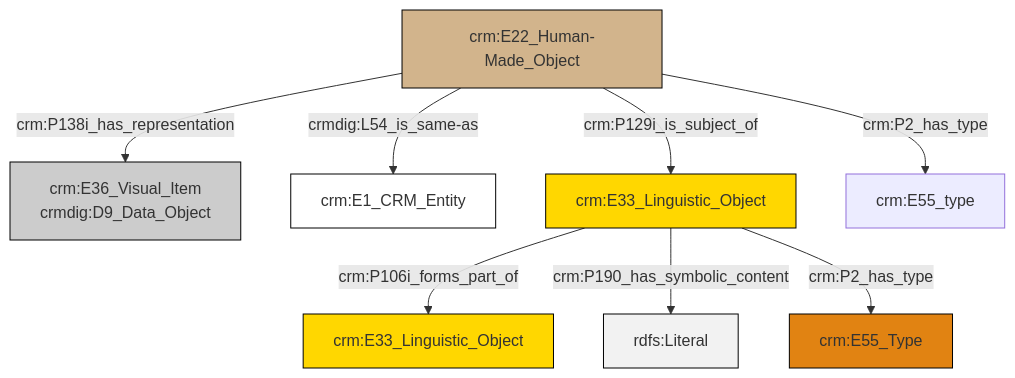
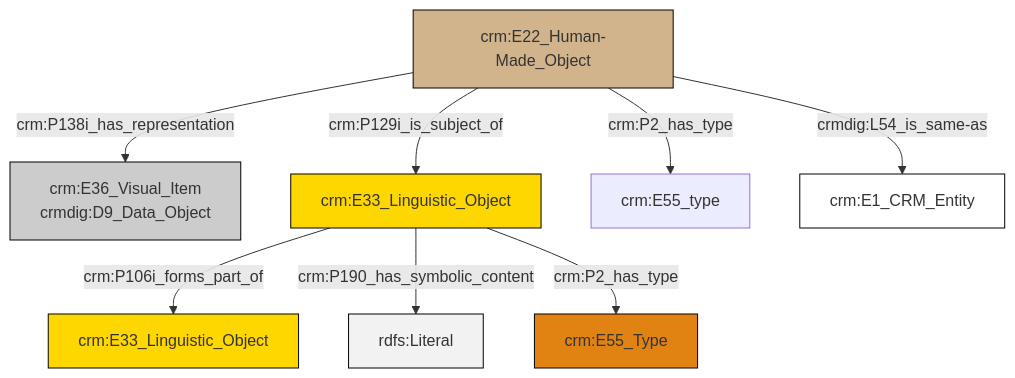
The diagram in et/artworkCSV/ttl/mmd/Artwork_Documentation.ttl.mmd (swiss-art-research-net/docs.swissartresearch), drawn with Mermaid before and after one commit. The commit also changed 172 other files, not shown here.

```diff
--- a/et/artworkCSV/ttl/mmd/Artwork_Documentation.ttl.mmd
+++ b/et/artworkCSV/ttl/mmd/Artwork_Documentation.ttl.mmd
@@ -1,22 +1,22 @@
 graph TD
 classDef Literal fill:#f2f2f2,stroke:#000000;
 classDef CRM_Entity fill:#FFFFFF,stroke:#000000;
 classDef Temporal_Entity fill:#00C9E6, stroke:#000000;
 classDef Type fill:#E18312, stroke:#000000;
 classDef Time-Span fill:#2C9C91, stroke:#000000;
 classDef Appellation fill:#FFEB7F, stroke:#000000;
 classDef Place fill:#008836, stroke:#000000;
 classDef Persistent_Item fill:#B266B2, stroke:#000000;
 classDef Conceptual_Object fill:#FFD700, stroke:#000000;
 classDef Physical_Thing fill:#D2B48C, stroke:#000000;
 classDef Actor fill:#f58aad, stroke:#000000;
 classDef PC_Classes fill:#4ce600, stroke:#000000;
 classDef Multi fill:#cccccc,stroke:#000000;
 
-2["crm:E22_Human-Made_Object"]:::Physical_Thing -->|crm:P138i_has_representation| 0["crm:E36_Visual_Item<br>crmdig:D9_Data_Object"]:::Multi
-6["crm:E33_Linguistic_Object"]:::Conceptual_Object -->|crm:P106i_forms_part_of| 7["crm:E33_Linguistic_Object"]:::Conceptual_Object
-6["crm:E33_Linguistic_Object"]:::Conceptual_Object -->|crm:P190_has_symbolic_content| 11[rdfs:Literal]:::Literal
-2["crm:E22_Human-Made_Object"]:::Physical_Thing -->|crm:P2_has_type| 12["crm:E55_type"]:::Default
-6["crm:E33_Linguistic_Object"]:::Conceptual_Object -->|crm:P2_has_type| 9["crm:E55_Type"]:::Type
-2["crm:E22_Human-Made_Object"]:::Physical_Thing -->|crm:P129i_is_subject_of| 6["crm:E33_Linguistic_Object"]:::Conceptual_Object
-2["crm:E22_Human-Made_Object"]:::Physical_Thing -->|crmdig:L54_is_same-as| 4["crm:E1_CRM_Entity"]:::CRM_Entity
+2["crm:E33_Linguistic_Object"]:::Conceptual_Object -->|crm:P106i_forms_part_of| 3["crm:E33_Linguistic_Object"]:::Conceptual_Object
+2["crm:E33_Linguistic_Object"]:::Conceptual_Object -->|crm:P190_has_symbolic_content| 7[rdfs:Literal]:::Literal
+5["crm:E22_Human-Made_Object"]:::Physical_Thing -->|crm:P138i_has_representation| 0["crm:E36_Visual_Item<br>crmdig:D9_Data_Object"]:::Multi
+5["crm:E22_Human-Made_Object"]:::Physical_Thing -->|crm:P129i_is_subject_of| 2["crm:E33_Linguistic_Object"]:::Conceptual_Object
+5["crm:E22_Human-Made_Object"]:::Physical_Thing -->|crmdig:L54_is_same-as| 12["crm:E1_CRM_Entity"]:::CRM_Entity
+2["crm:E33_Linguistic_Object"]:::Conceptual_Object -->|crm:P2_has_type| 10["crm:E55_Type"]:::Type
+5["crm:E22_Human-Made_Object"]:::Physical_Thing -->|crm:P2_has_type| 8["crm:E55_type"]:::Default
```
